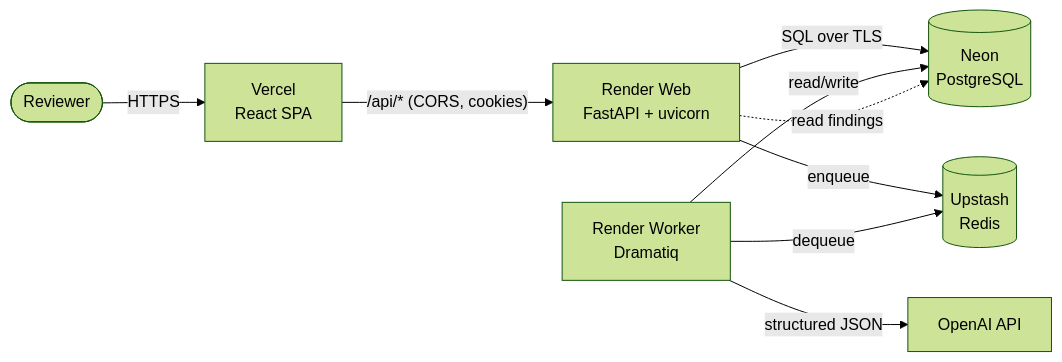
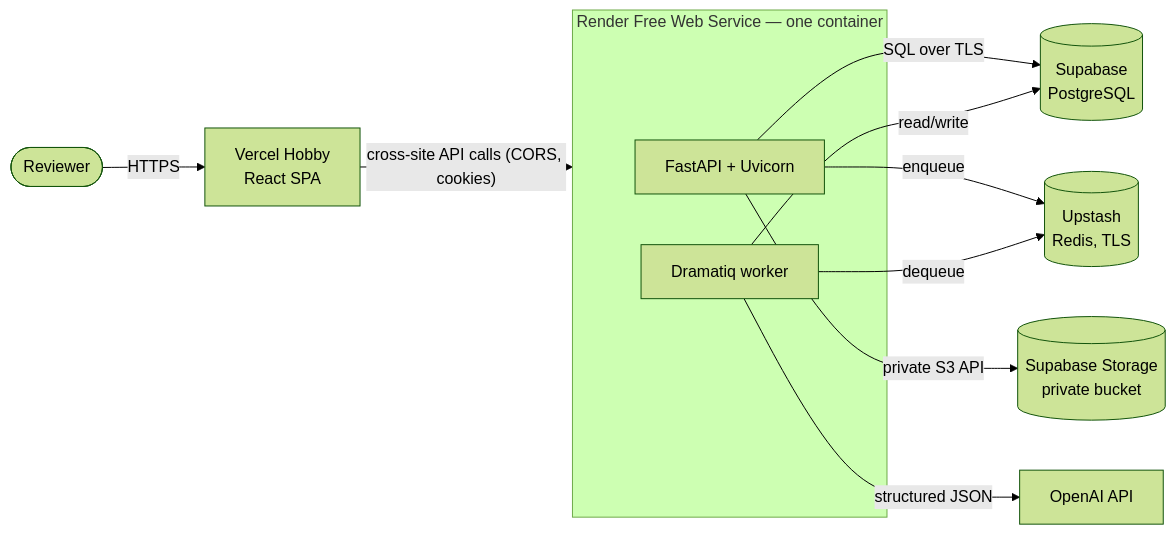
One commit to AKSHAHANSHA/BidPilot changed the diagram in deploy/DEPLOYMENT.md. Above: the diagram before and after it, drawn with Mermaid (forest theme). The commit also changed other lines of this file and 12 other files, not shown here.

````diff
--- a/deploy/DEPLOYMENT.md
+++ b/deploy/DEPLOYMENT.md
@@ -16,11 +16,15 @@
 ```mermaid
 flowchart LR
-    User([Reviewer]) -->|HTTPS| V[Vercel<br/>React SPA]
-    V -->|"/api/* (CORS, cookies)"| API[Render Web<br/>FastAPI + uvicorn]
-    API -->|SQL over TLS| PG[(Neon<br/>PostgreSQL)]
-    API -->|enqueue| R[(Upstash<br/>Redis)]
-    W[Render Worker<br/>Dramatiq] -->|dequeue| R
+    User([Reviewer]) -->|HTTPS| V[Vercel Hobby<br/>React SPA]
+    V -->|"cross-site API calls (CORS, cookies)"| R[Render Free Web Service]
+    subgraph R[Render Free Web Service — one container]
+      API[FastAPI + Uvicorn]
+      W[Dramatiq worker]
+    end
+    API -->|SQL over TLS| PG[(Supabase<br/>PostgreSQL)]
+    API -->|enqueue| RE[(Upstash<br/>Redis, TLS)]
+    W -->|dequeue| RE
     W -->|read/write| PG
+    API -->|private S3 API| S[(Supabase Storage<br/>private bucket)]
     W -->|structured JSON| LLM[OpenAI API]
-    API -.->|read findings| PG
 ```
````
